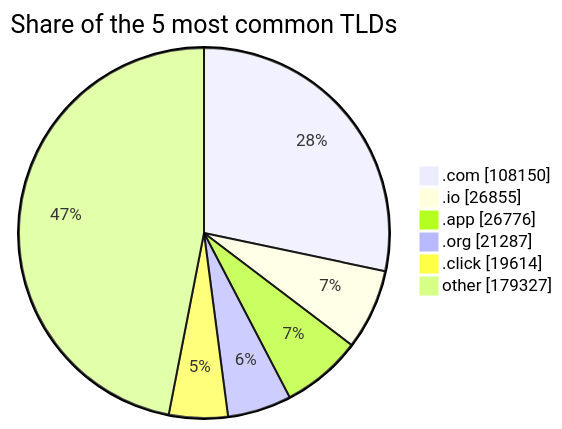
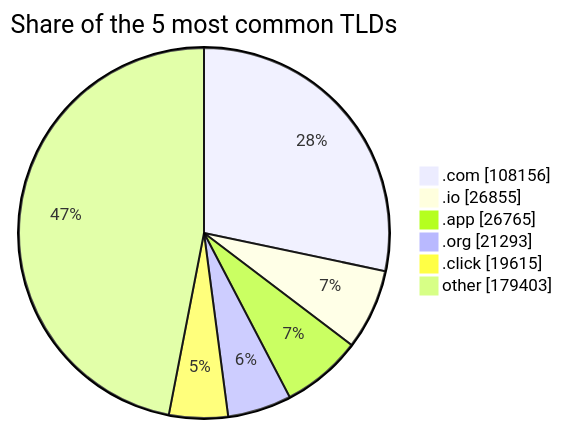
The third of 3 diagrams in README.md (DNSBunker/CTI), drawn with Mermaid before and after one commit. The commit also changed other lines of this file and 3 other files, not shown here.

````diff
--- a/README.md
+++ b/README.md
@@ -81,9 +81,9 @@
 ```mermaid
 pie showData title Share of the 5 most common TLDs
-    ".com" : 108150
+    ".com" : 108156
     ".io" : 26855
-    ".app" : 26776
-    ".org" : 21287
-    ".click" : 19614
-    "other" : 179327
+    ".app" : 26765
+    ".org" : 21293
+    ".click" : 19615
+    "other" : 179403
 ```
````
